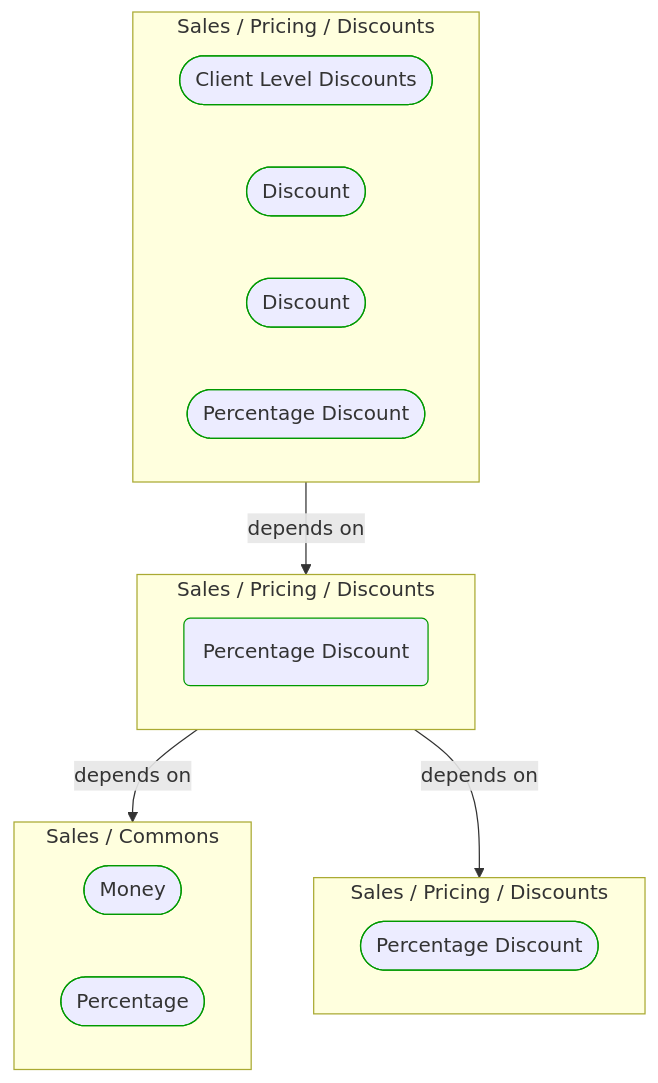
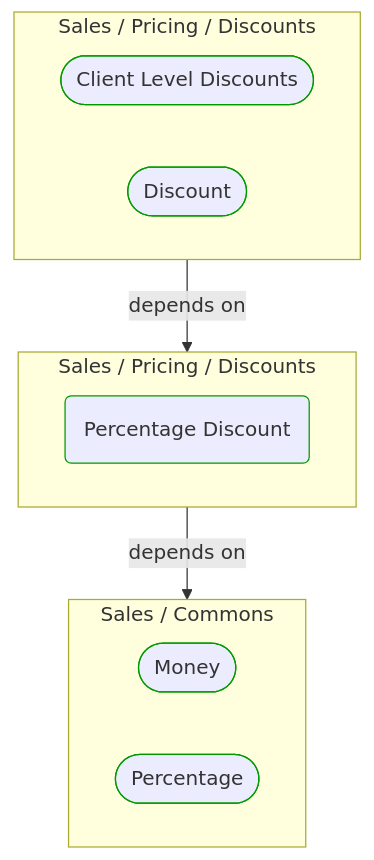
The diagram in Docs/P3/MermaidOutput/Domain/Concepts/Sales/Pricing/Discounts/PercentageDiscount.md (itlibrium/DDD-starter-dotnet), drawn with Mermaid before and after one commit. The commit also changed other lines of this file and 102 other files, not shown here.

````diff
--- a/Docs/P3/MermaidOutput/Domain/Concepts/Sales/Pricing/Discounts/PercentageDiscount.md
+++ b/Docs/P3/MermaidOutput/Domain/Concepts/Sales/Pricing/Discounts/PercentageDiscount.md
@@ -20,33 +20,24 @@
 ```mermaid
   flowchart TB
     subgraph 0["Sales / Pricing / Discounts"]
       1([Client Level Discounts])
       class 1 DomainPerspective
       2([Discount])
       class 2 DomainPerspective
-      3([Discount])
-      class 3 DomainPerspective
-      4([Percentage Discount])
+    end
+    subgraph 3["Sales / Pricing / Discounts"]
+      4(Percentage Discount)
       class 4 DomainPerspective
     end
-    subgraph 5["Sales / Pricing / Discounts"]
-      6(Percentage Discount)
+    subgraph 5["Sales / Commons"]
+      6([Money])
       class 6 DomainPerspective
+      7([Percentage])
+      class 7 DomainPerspective
     end
-    subgraph 7["Sales / Commons"]
-      8([Money])
-      class 8 DomainPerspective
-      9([Percentage])
-      class 9 DomainPerspective
-    end
-    subgraph 10["Sales / Pricing / Discounts"]
-      11([Percentage Discount])
-      class 11 DomainPerspective
-    end
-    0-->|depends on|5
-    5-->|depends on|7
-    5-->|depends on|10
+    0-->|depends on|3
+    3-->|depends on|5
     classDef DomainPerspective stroke:#009900
     classDef TechnologyPerspective stroke:#1F41EB
     classDef PeoplePerspective stroke:#FFF014
 ```
````
